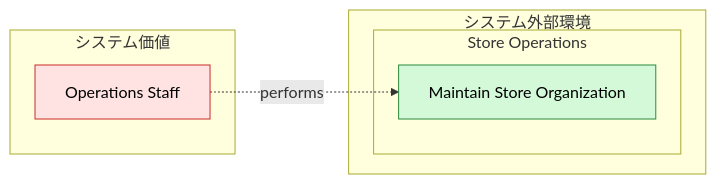
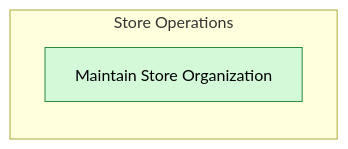
The diagram in samples/api-contract/out/business.mmd (manji-0/rdra-ish-dsl), drawn with Mermaid before and after one commit. The commit also changed 20 other files, not shown here.

First line of the commit message:
feat(cli): draw the business flow and list who takes part in each BUC

```diff
--- a/samples/api-contract/out/business.mmd
+++ b/samples/api-contract/out/business.mmd
@@ -1,17 +1,9 @@
 %% rdra-ish diagram=business scope=whole model=samples/api-contract/src
-%% layers: value=システム価値 environment=システム外部環境
-%% kinds: actor business buc
-%% omitted: permission usecase api
+%% kinds: business buc
+%% omitted: actor permission usecase api
 flowchart LR
-  subgraph layer_value["システム価値"]
-    actor__OpsStaff["Operations Staff"]:::actor
+  subgraph business__StoreOperations["Store Operations"]
+    buc__BucStoreOrganizationMaintenance["Maintain Store Organization"]:::buc
   end
-  subgraph layer_environment["システム外部環境"]
-    subgraph business__StoreOperations["Store Operations"]
-      buc__BucStoreOrganizationMaintenance["Maintain Store Organization"]:::buc
-    end
-  end
-  actor__OpsStaff -.->|performs| buc__BucStoreOrganizationMaintenance
-  classDef actor fill:#ffe3e3,stroke:#c92a2a,color:#000;
   classDef business fill:#d3f9d8,stroke:#2b8a3e,color:#000;
   classDef buc fill:#d3f9d8,stroke:#2b8a3e,color:#000;
```
